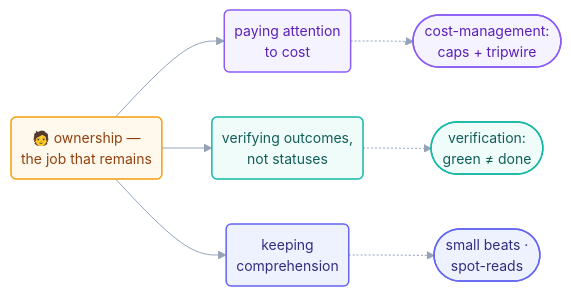
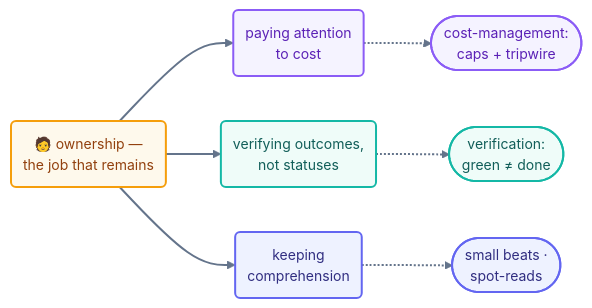
Before and after one commit to ayeshakhalid192007-dev/LoopEngineering-CrashCourse: the first of 2 diagrams in docs/08-part-6-human-control/14-staying-the-engineer.md, drawn with Mermaid. The commit also changed other lines of this file and 66 other files, not shown here.

First line of the commit message:
docs(diagrams): bolden and unify all 70 mermaid diagrams

````diff
--- a/docs/08-part-6-human-control/14-staying-the-engineer.md
+++ b/docs/08-part-6-human-control/14-staying-the-engineer.md
@@ -34,14 +34,15 @@
 ```mermaid
-%%{init: {'theme':'base','themeVariables':{'fontFamily':'ui-sans-serif, system-ui, sans-serif','fontSize':'14px','lineColor':'#94a3b8'},'flowchart':{'curve':'basis','nodeSpacing':45,'rankSpacing':50,'padding':10}}}%%
+%%{init: {'theme':'base','themeVariables':{'fontFamily':'ui-sans-serif, system-ui, sans-serif','fontSize':'14px','lineColor':'#64748b','edgeLabelBackground':'#f8fafc'},'flowchart':{'curve':'basis','nodeSpacing':45,'rankSpacing':55,'padding':12}}}%%
 flowchart LR
     OWN("🧑 ownership —<br/>the job that remains"):::human2 --> CO("paying attention<br/>to cost"):::cfg
     OWN --> VO("verifying outcomes,<br/>not statuses"):::check
     OWN --> KO("keeping<br/>comprehension"):::beat
     CO -.-> CP(["cost-management:<br/>caps + tripwire"]):::cfg
     VO -.-> VP(["verification:<br/>green ≠ done"]):::check
     KO -.-> KP(["small beats ·<br/>spot-reads"]):::beat
-    classDef human2 fill:#fef9ec,stroke:#f59e0b,stroke-width:1.5px,color:#92400e;
-    classDef cfg fill:#f5f3ff,stroke:#8b5cf6,stroke-width:1.5px,color:#5b21b6;
-    classDef check fill:#effcf9,stroke:#14b8a6,stroke-width:1.5px,color:#115e59;
-    classDef beat fill:#eef2ff,stroke:#6366f1,stroke-width:1.5px,color:#312e81;
+    linkStyle default stroke:#64748b,stroke-width:2px;
+    classDef human2 fill:#fef9ec,stroke:#f59e0b,stroke-width:2px,color:#92400e;
+    classDef cfg fill:#f5f3ff,stroke:#8b5cf6,stroke-width:2px,color:#5b21b6;
+    classDef check fill:#effcf9,stroke:#14b8a6,stroke-width:2px,color:#115e59;
+    classDef beat fill:#eef2ff,stroke:#6366f1,stroke-width:2px,color:#312e81;
 ```
````
